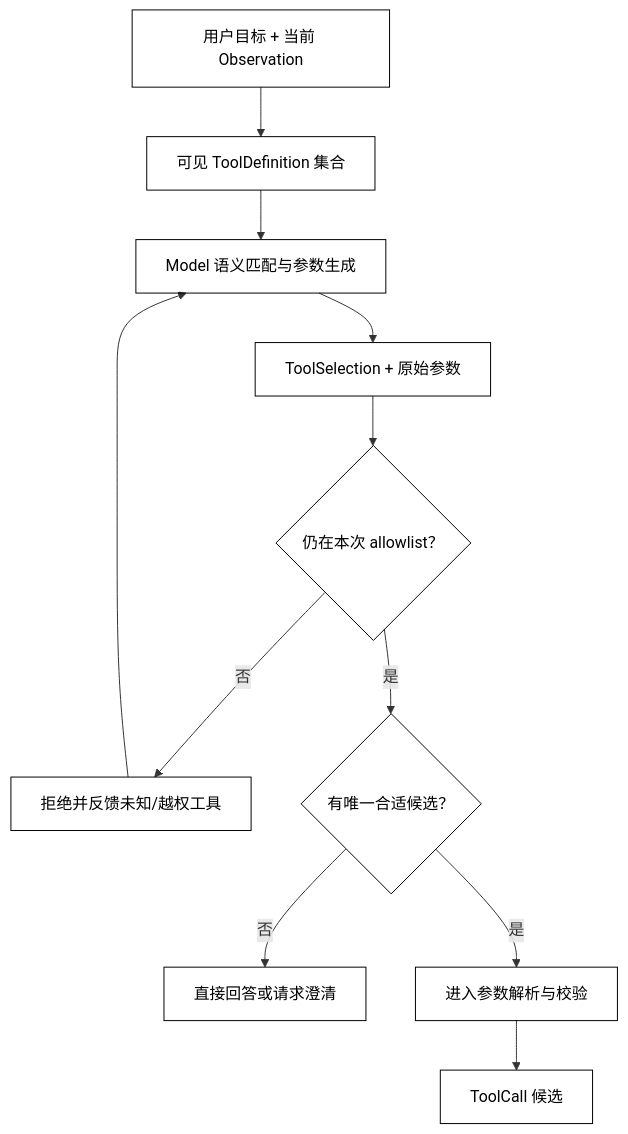
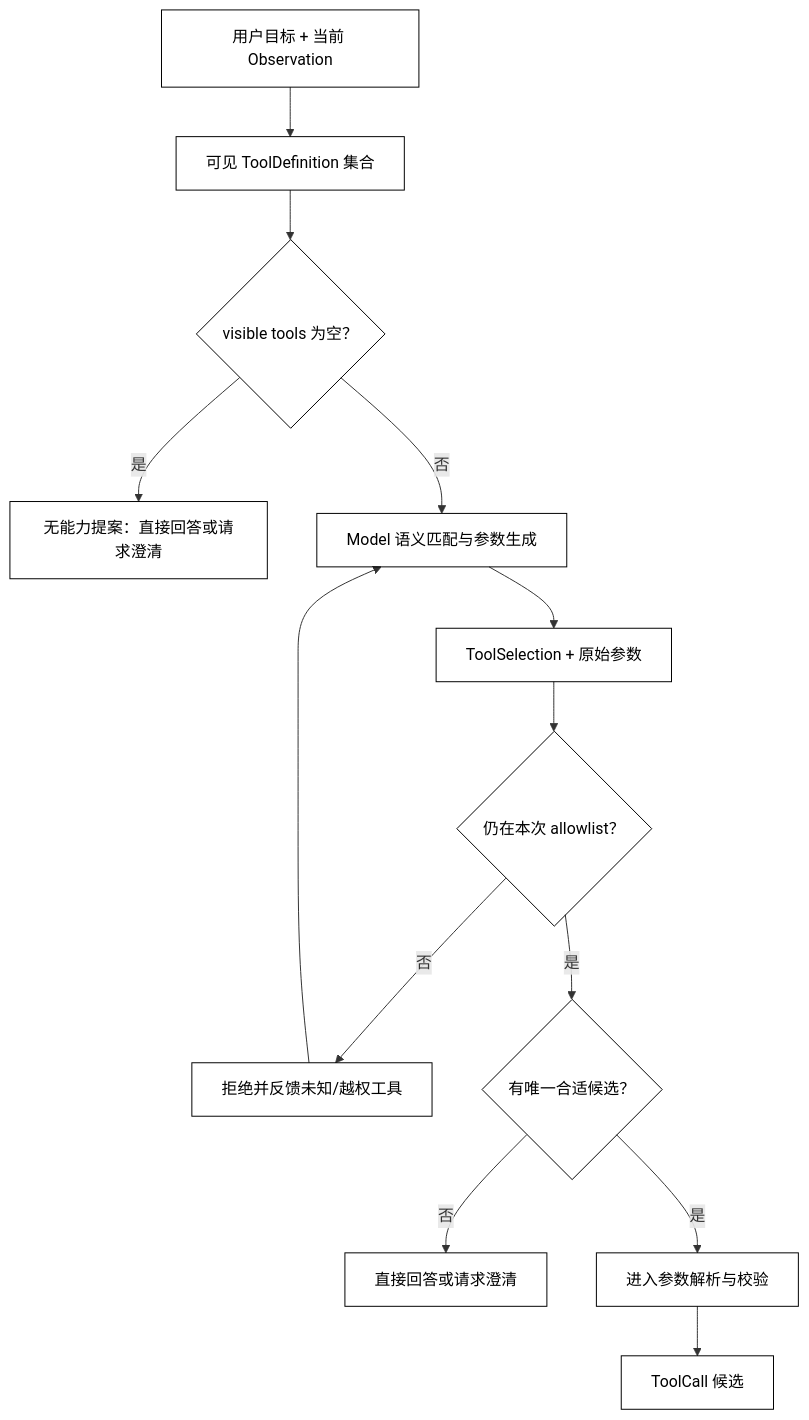
The diagram in docs/courses/agent/04-Tool-Calling与Agent-Loop/03-模型如何选择工具和生成参数.md (clint-sfy/clintsfy.github.io), drawn with Mermaid before and after one commit. The commit also changed other lines of this file and 5 other files, not shown here.

````diff
--- a/docs/courses/agent/04-Tool-Calling与Agent-Loop/03-模型如何选择工具和生成参数.md
+++ b/docs/courses/agent/04-Tool-Calling与Agent-Loop/03-模型如何选择工具和生成参数.md
@@ -29,16 +29,18 @@
 ```mermaid
 flowchart TD
     Goal["用户目标 + 当前 Observation"] --> Candidates["可见 ToolDefinition 集合"]
-    Candidates --> Model["Model 语义匹配与参数生成"]
+    Candidates --> Visible{"visible tools 为空？"}
+    Visible -->|是| NoCapability["无能力提案：直接回答或请求澄清"]
+    Visible -->|否| Model["Model 语义匹配与参数生成"]
     Model --> Proposal["ToolSelection + 原始参数"]
     Proposal --> Allow{"仍在本次 allowlist？"}
     Allow -->|否| Reject["拒绝并反馈未知/越权工具"]
     Allow -->|是| Confidence{"有唯一合适候选？"}
     Confidence -->|否| Clarify["直接回答或请求澄清"]
     Confidence -->|是| Validate["进入参数解析与校验"]
     Validate --> Result["ToolCall 候选"]
     Reject --> Model
 
     classDef core fill:transparent,stroke:currentColor,color:currentColor,stroke-width:1px;
-    class Goal,Candidates,Model,Proposal,Allow,Reject,Confidence,Clarify,Validate,Result core;
+    class Goal,Candidates,Visible,NoCapability,Model,Proposal,Allow,Reject,Confidence,Clarify,Validate,Result core;
 ```
````
